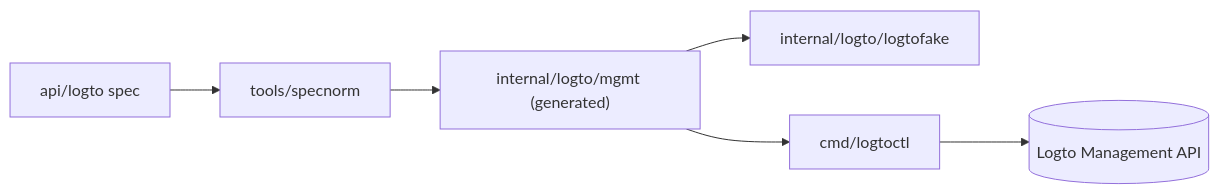
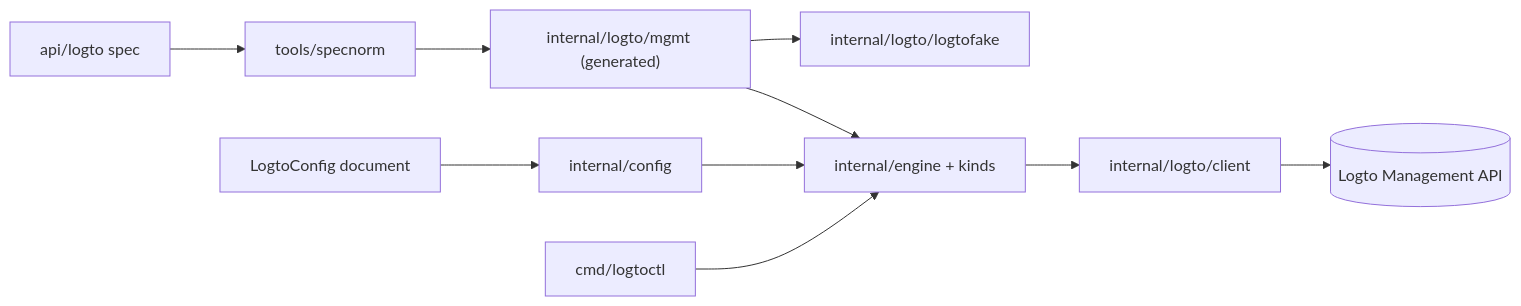
The diagram in aidd_docs/memory/architecture.md (Aliud-Corp/logto-operator), drawn with Mermaid before and after one commit. The commit also changed 6 other files, not shown here.

````diff
--- a/aidd_docs/memory/architecture.md
+++ b/aidd_docs/memory/architecture.md
@@ -11,7 +11,9 @@
 ```mermaid
 flowchart LR
     spec["api/logto spec"] --> norm["tools/specnorm"] --> gen["internal/logto/mgmt (generated)"]
     gen --> fake["internal/logto/logtofake"]
-    gen --> cli["cmd/logtoctl"]
-    cli --> logto[("Logto Management API")]
+    doc["LogtoConfig document"] --> config["internal/config"] --> engine["internal/engine + kinds"]
+    gen --> engine
+    engine --> client["internal/logto/client"] --> logto[("Logto Management API")]
+    cli["cmd/logtoctl"] --> engine
 ```
````
